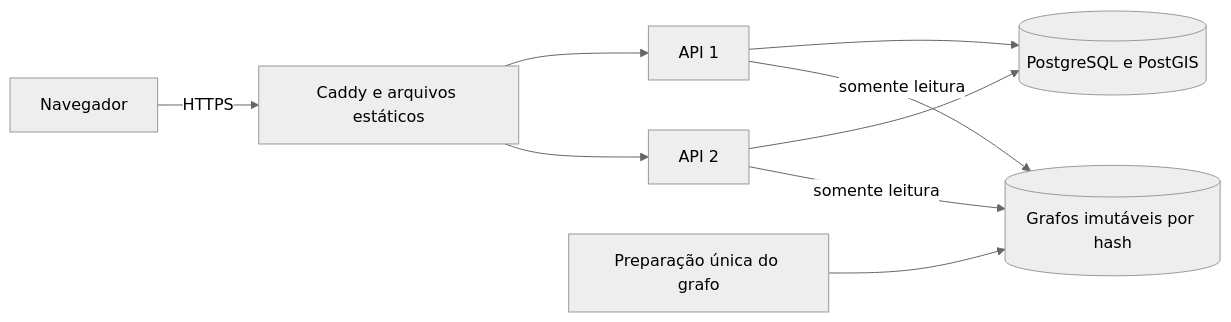
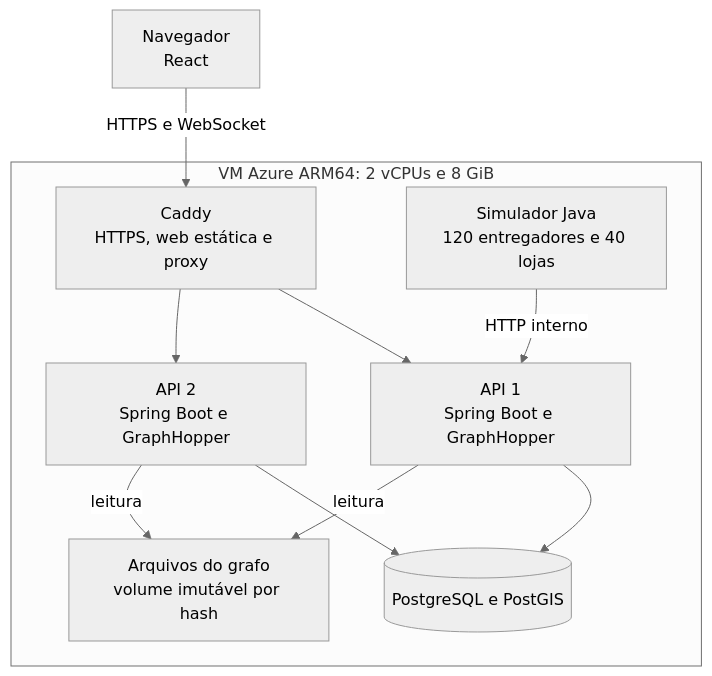
Before and after one commit to coder-gaia/BORA: the first of 2 diagrams in docs/arquitetura.md, drawn with Mermaid (neutral theme). The commit also changed other lines of this file and 26 other files, not shown here.

````diff
--- a/docs/arquitetura.md
+++ b/docs/arquitetura.md
@@ -81,11 +10,14 @@
 ```mermaid
-flowchart LR
-  Browser[Navegador] -->|HTTPS| Caddy[Caddy e arquivos estáticos]
-  Caddy --> API1[API 1]
-  Caddy --> API2[API 2]
-  API1 --> DB[(PostgreSQL e PostGIS)]
-  API2 --> DB
-  Import[Preparação única do grafo] --> Graph[(Grafos imutáveis por hash)]
-  API1 -->|somente leitura| Graph
-  API2 -->|somente leitura| Graph
+flowchart TB
+  Browser["Navegador<br/>React"] -->|HTTPS e WebSocket| Caddy
+  subgraph VM["VM Azure ARM64: 2 vCPUs e 8 GiB"]
+    Caddy["Caddy<br/>HTTPS, web estática e proxy"]
+    Caddy --> API1["API 1<br/>Spring Boot e GraphHopper"]
+    Caddy --> API2["API 2<br/>Spring Boot e GraphHopper"]
+    API1 --> DB[(PostgreSQL e PostGIS)]
+    API2 --> DB
+    API1 -->|leitura| Graph["Arquivos do grafo<br/>volume imutável por hash"]
+    API2 -->|leitura| Graph
+    Simulator["Simulador Java<br/>120 entregadores e 40 lojas"] -->|HTTP interno| API1
+  end
 ```
````
